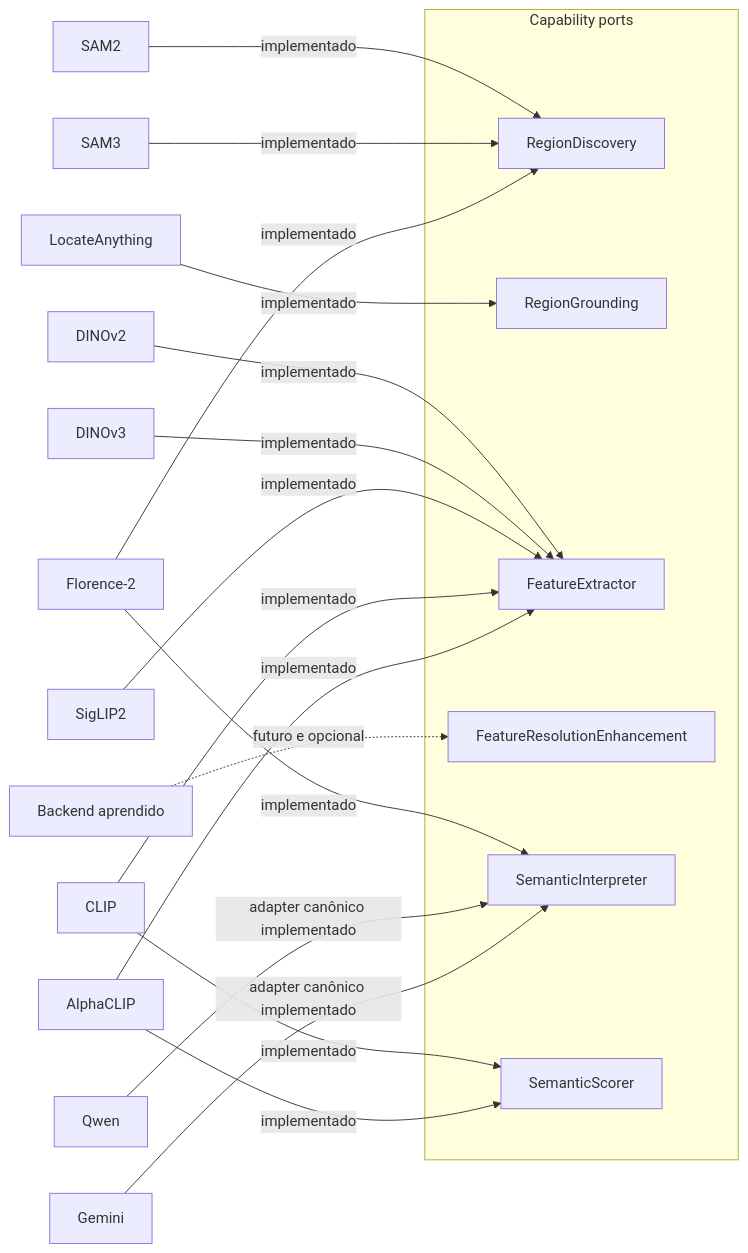
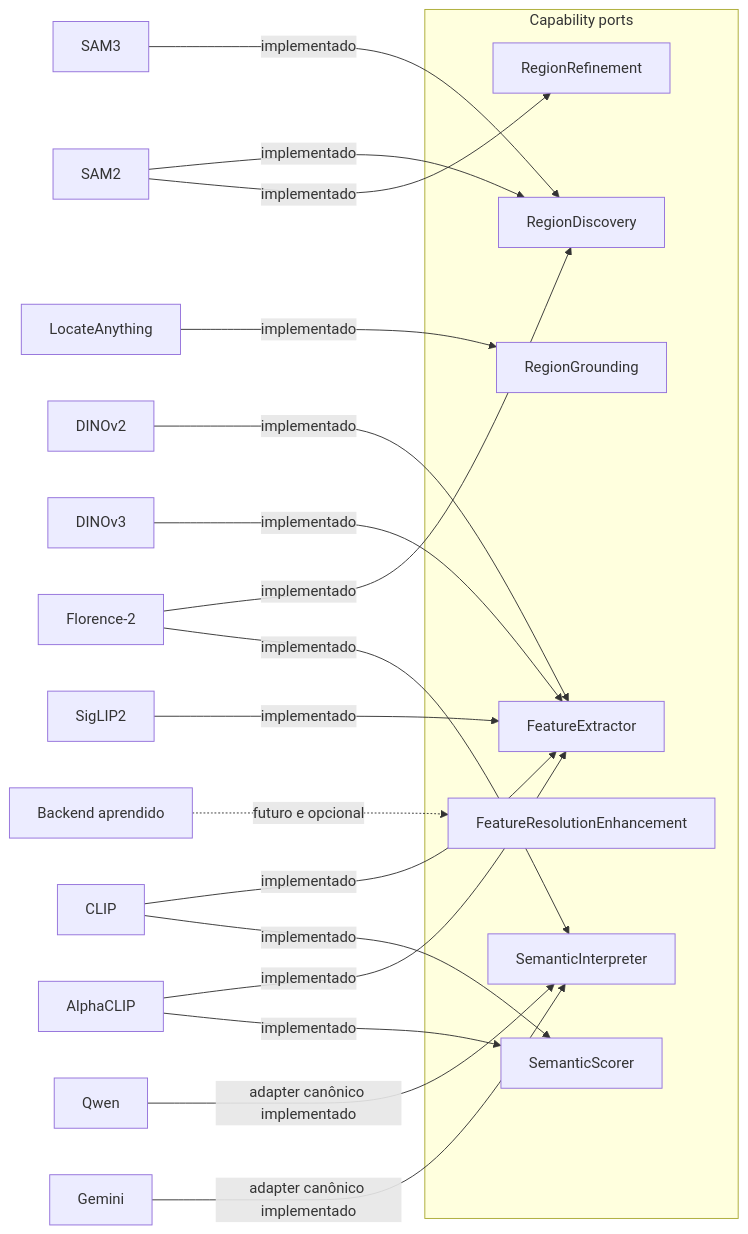
Before and after one commit to Alexandre-Tortoza/contextmap2: the diagram in src/contextmap/visual_perception/docs/ports.md, drawn with Mermaid. The commit also changed other lines of this file and 23 other files, not shown here.

````diff
--- a/src/contextmap/visual_perception/docs/ports.md
+++ b/src/contextmap/visual_perception/docs/ports.md
@@ -7,27 +7,29 @@
 ```mermaid
 flowchart LR
     subgraph PORTS[Capability ports]
         RD["RegionDiscovery"]
         RG["RegionGrounding"]
+        RR["RegionRefinement"]
         FE["FeatureExtractor"]
         FRE["FeatureResolutionEnhancement"]
         SI["SemanticInterpreter"]
         SS["SemanticScorer"]
     end
 
     SAM2["SAM2"] -->|implementado| RD
+    SAM2 -->|implementado| RR
     SAM3["SAM3"] -->|implementado| RD
     F2["Florence-2"] -->|implementado| RD
     F2 -->|implementado| SI
     LA["LocateAnything"] -->|implementado| RG
     D2["DINOv2"] -->|implementado| FE
     D3["DINOv3"] -->|implementado| FE
     SIG2["SigLIP2"] -->|implementado| FE
     CLIP["CLIP"] -->|implementado| FE
     CLIP -->|implementado| SS
     ACLIP["AlphaCLIP"] -->|implementado| FE
     ACLIP -->|implementado| SS
     QWEN["Qwen"] -->|adapter canônico implementado| SI
     GEMINI["Gemini"] -->|adapter canônico implementado| SI
     ENH["Backend aprendido"] -. futuro e opcional .-> FRE
 ```
````
